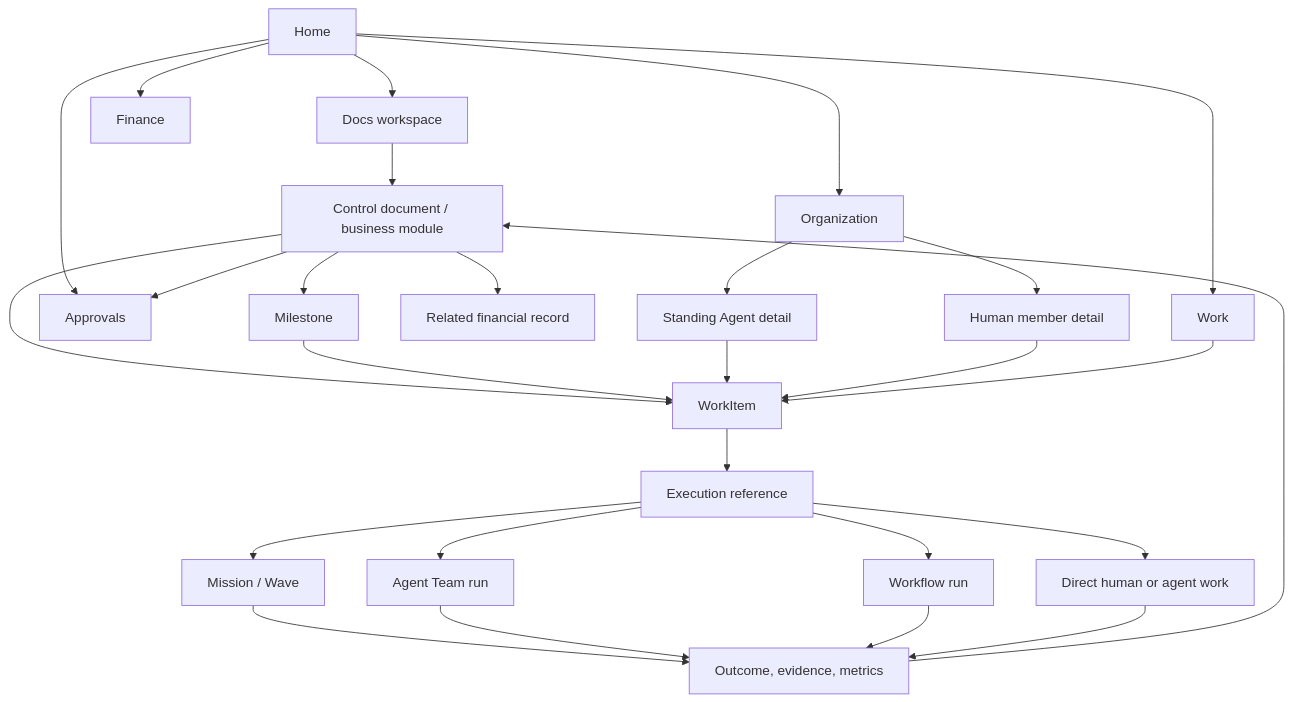
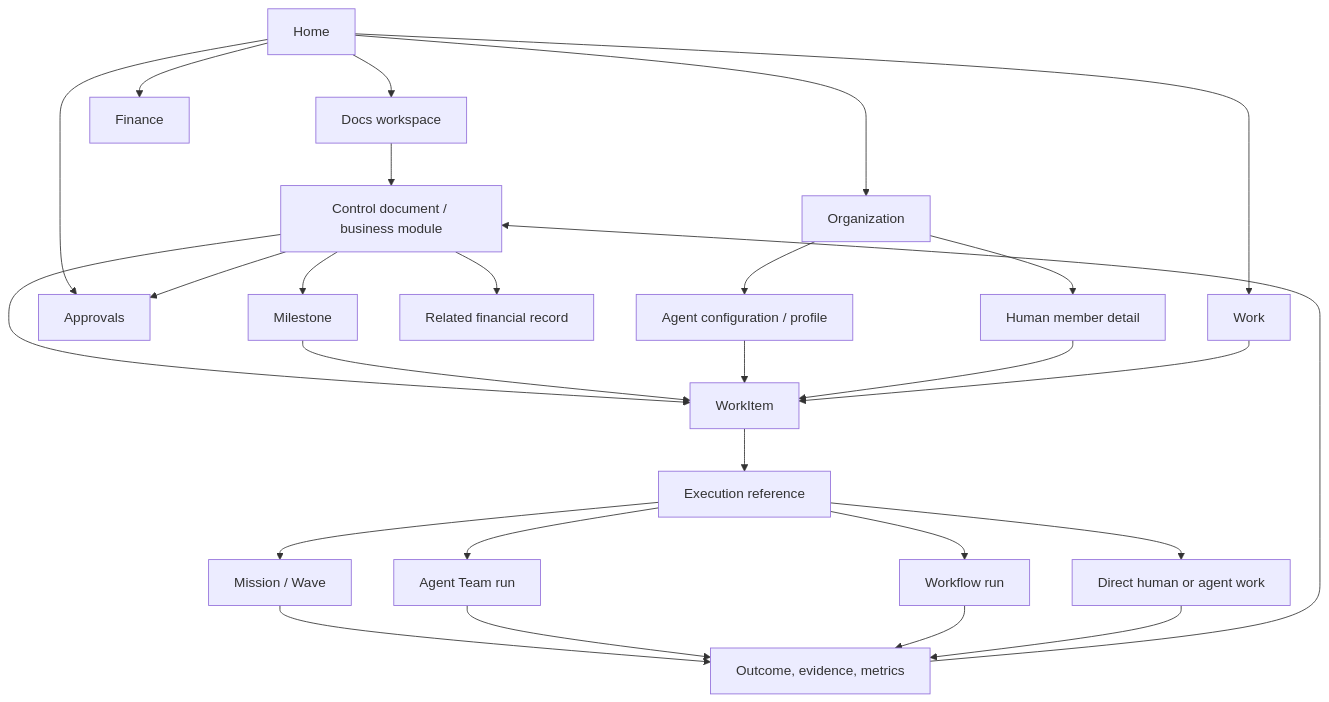
Before and after one commit to cyl19970726/multi-agent-harness: the diagram in docs/company-os/frontend-information-architecture.md, drawn with Mermaid. The commit also changed other lines of this file and 24 other files, not shown here.

````diff
--- a/docs/company-os/frontend-information-architecture.md
+++ b/docs/company-os/frontend-information-architecture.md
@@ -78,30 +78,30 @@
 ```mermaid
 flowchart TD
   H["Home"] --> D["Docs workspace"]
   H --> A["Organization"]
   H --> W["Work"]
   H --> AP["Approvals"]
   H --> F["Finance"]
 
   D --> CD["Control document / business module"]
   CD --> WI["WorkItem"]
   CD --> MS["Milestone"]
   MS --> WI
   CD --> FR["Related financial record"]
   CD --> AP
-  A --> SA["Standing Agent detail"]
+  A --> SA["Agent configuration / profile"]
   A --> HM["Human member detail"]
   SA --> WI
   HM --> WI
   W --> WI
   WI --> EX["Execution reference"]
   EX --> M["Mission / Wave"]
   EX --> T["Agent Team run"]
   EX --> WF["Workflow run"]
   EX --> R["Direct human or agent work"]
   M --> O["Outcome, evidence, metrics"]
   T --> O
   WF --> O
   R --> O
   O --> CD
 ```
````
